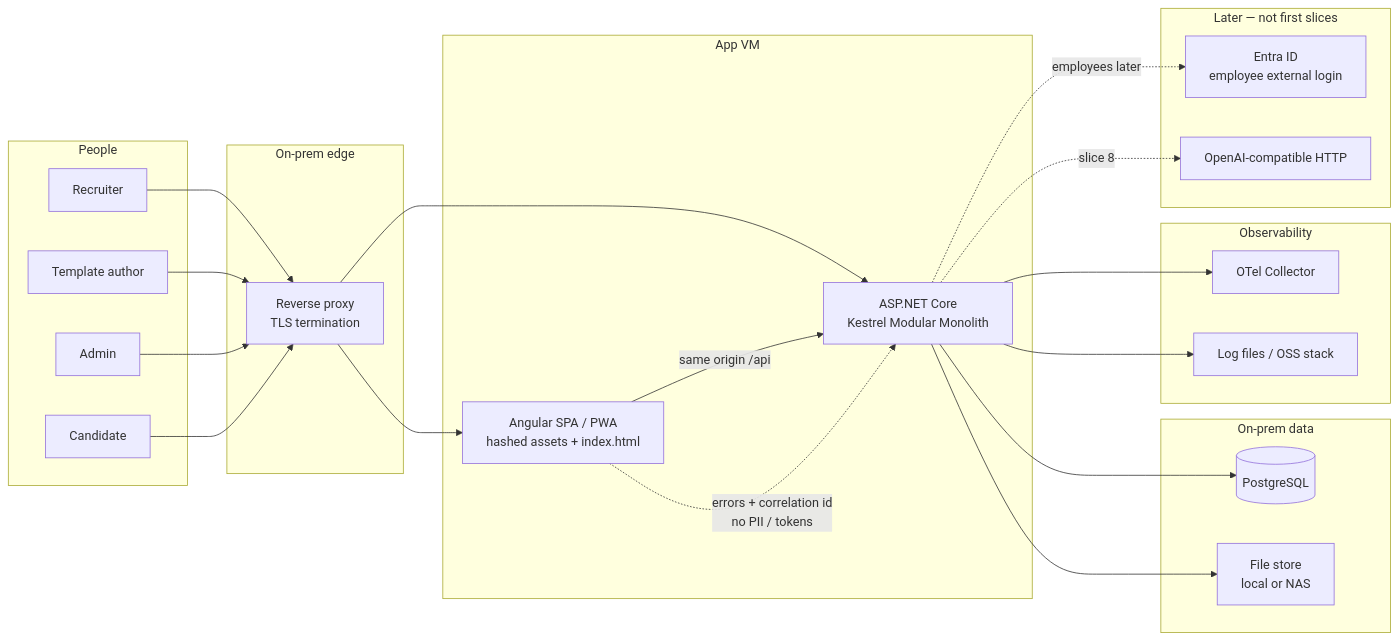
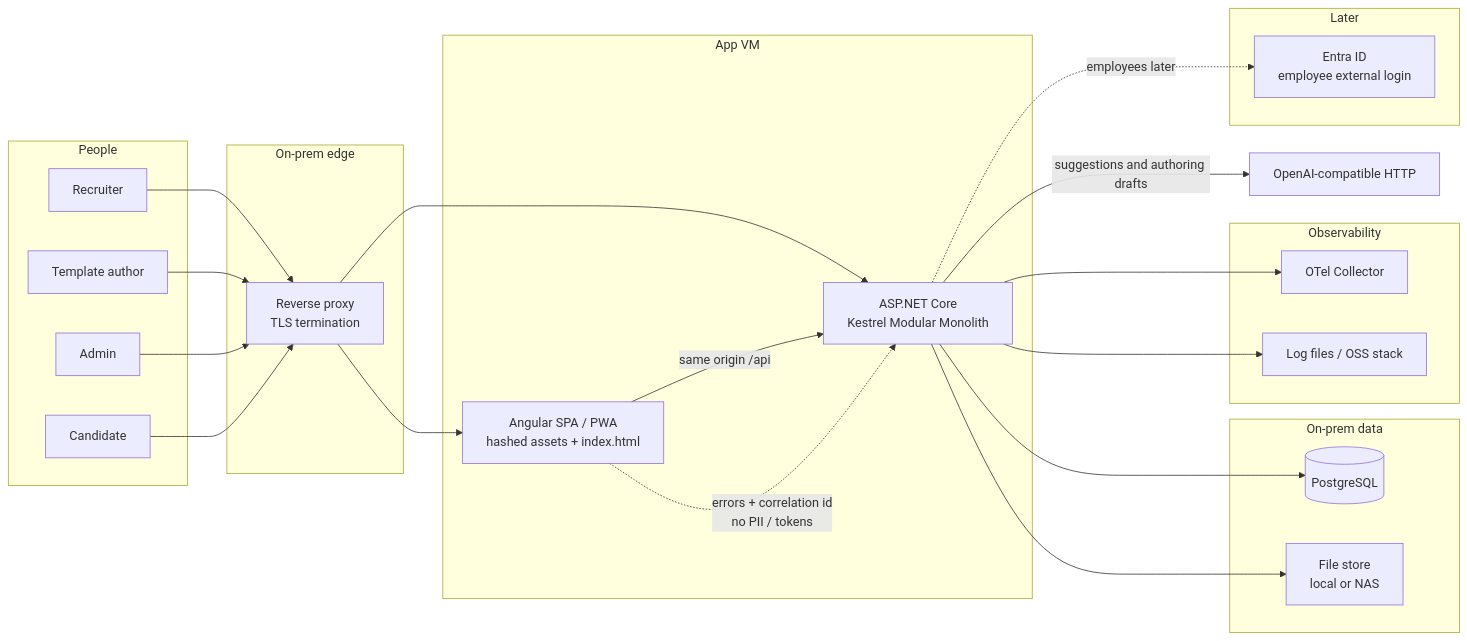
One commit to bhuvaneshsaha/Interview-Quiz-Platform changed the first of 3 diagrams in docs/architecture.md. Above: the diagram before and after it, drawn with Mermaid. The commit also changed other lines of this file and 40 other files, not shown here.

First line of the commit message:
Add AI authoring drafts that require a human edit before they become a quiz.

````diff
--- a/docs/architecture.md
+++ b/docs/architecture.md
@@ -56,48 +56,49 @@
 ```mermaid
 flowchart LR
   subgraph people [People]
     Recruiter
     Author[Template author]
     Admin
     Candidate
   end
 
   subgraph edge [On-prem edge]
     RP[Reverse proxy<br/>TLS termination]
   end
 
   subgraph host [App VM]
     SPA[Angular SPA / PWA<br/>hashed assets + index.html]
     API[ASP.NET Core<br/>Kestrel Modular Monolith]
   end
 
   subgraph data [On-prem data]
     PG[(PostgreSQL)]
     Files[File store<br/>local or NAS]
   end
 
   subgraph obs [Observability]
     OTel[OTel Collector]
     Logs[Log files / OSS stack]
   end
 
-  subgraph later [Later — not first slices]
+  subgraph later [Later]
     Entra[Entra ID<br/>employee external login]
-    LLM[OpenAI-compatible HTTP]
   end
+
+  LLM[OpenAI-compatible HTTP]
 
   Recruiter --> RP
   Author --> RP
   Admin --> RP
   Candidate --> RP
   RP --> SPA
   RP --> API
   SPA -->|same origin /api| API
   API --> PG
   API --> Files
   API --> OTel
   API --> Logs
   SPA -.->|errors + correlation id<br/>no PII / tokens| API
-  API -.->|slice 8| LLM
+  API -->|suggestions and authoring drafts| LLM
   API -.->|employees later| Entra
 ```
````
